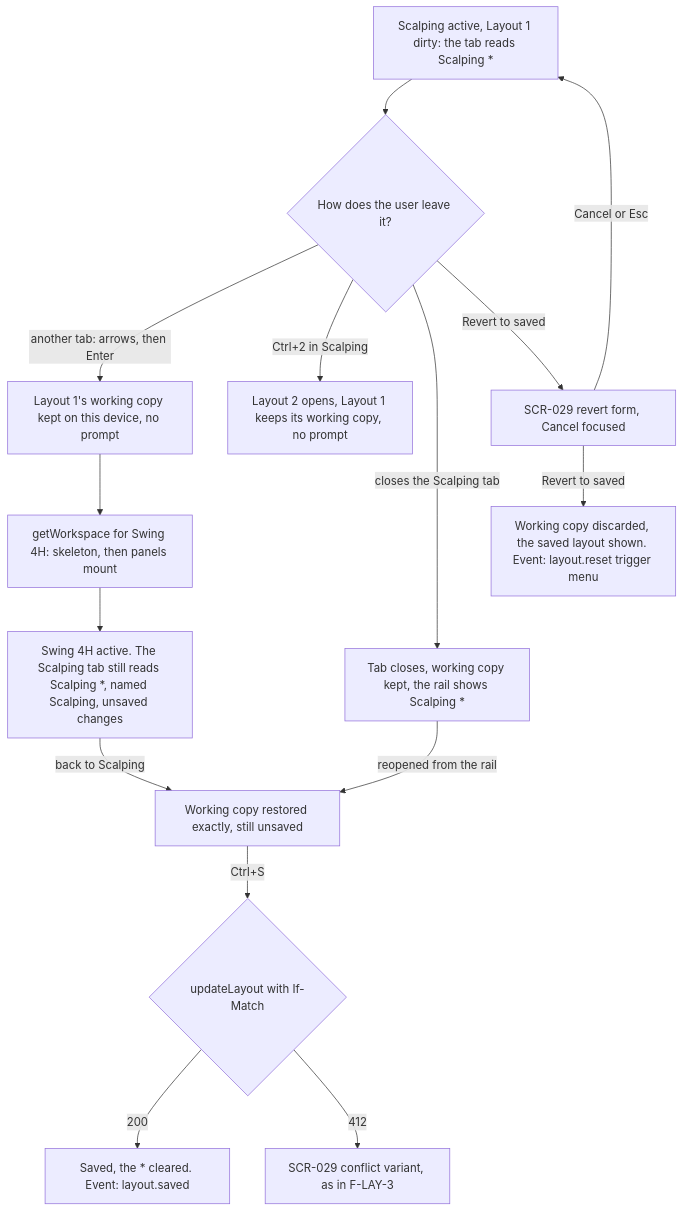
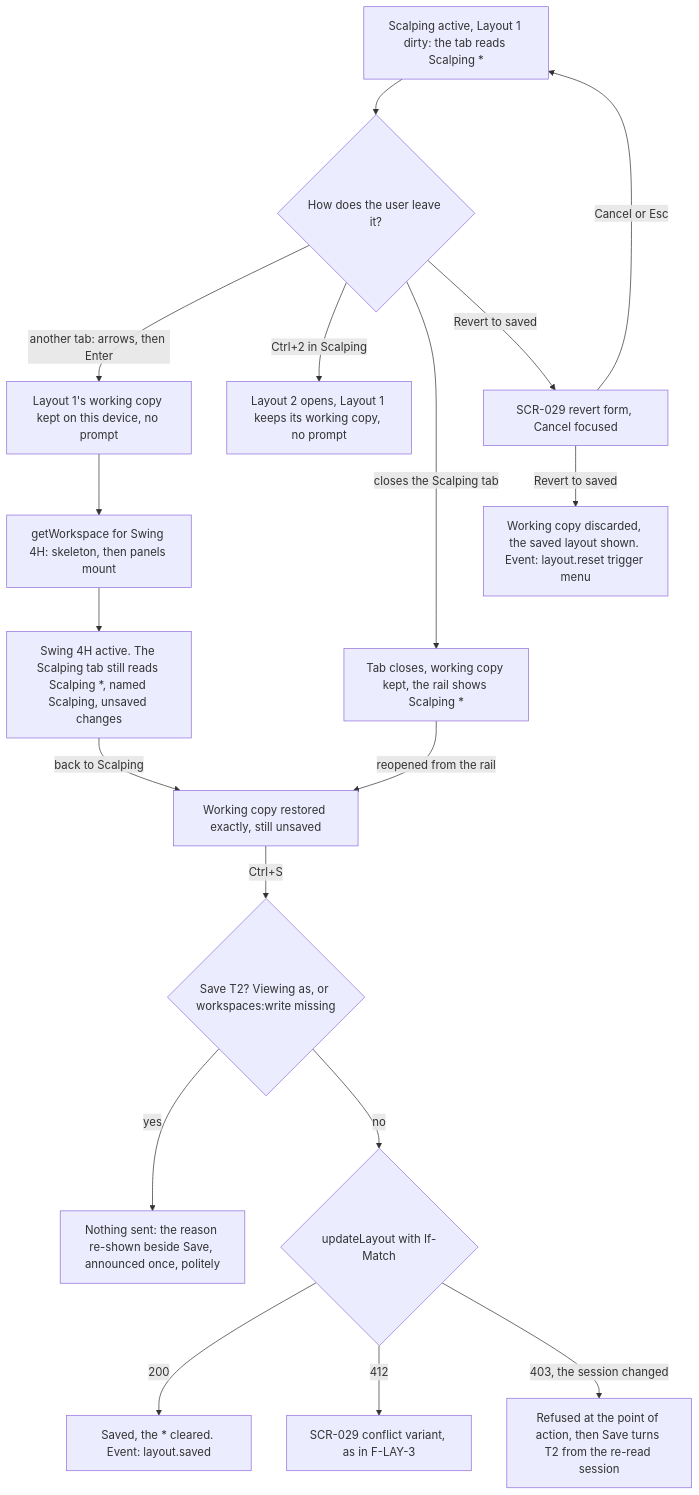
The second of 6 diagrams in docs/design/specs/e15-layout-flows.md (CandleViewer/CandleViewer), drawn with Mermaid before and after one commit. The commit also changed other lines of this file and 2 other files, not shown here.

First line of the commit message:
docs(charting-ui): apply the E09-D09 T2 gate to E15-D02 (orchestrator text round)

````diff
--- a/docs/design/specs/e15-layout-flows.md
+++ b/docs/design/specs/e15-layout-flows.md
@@ -29,17 +31,20 @@
 ```mermaid
 flowchart TD
   A2["Scalping active, Layout 1 dirty: the tab reads Scalping *"] --> B2{"How does the user leave it?"}
   B2 -->|another tab: arrows, then Enter| C2["Layout 1's working copy kept on this device, no prompt"]
   B2 -->|Ctrl+2 in Scalping| D2["Layout 2 opens, Layout 1 keeps its working copy, no prompt"]
   B2 -->|closes the Scalping tab| E2["Tab closes, working copy kept, the rail shows Scalping *"]
   B2 -->|Revert to saved| F2["SCR-029 revert form, Cancel focused"]
   F2 -->|Cancel or Esc| A2
   F2 -->|Revert to saved| G2["Working copy discarded, the saved layout shown. Event: layout.reset trigger menu"]
   C2 --> H2["getWorkspace for Swing 4H: skeleton, then panels mount"]
   H2 --> I2["Swing 4H active. The Scalping tab still reads Scalping *, named Scalping, unsaved changes"]
   I2 -->|back to Scalping| J2["Working copy restored exactly, still unsaved"]
   E2 -->|reopened from the rail| J2
-  J2 -->|Ctrl+S| K2{"updateLayout with If-Match"}
+  J2 -->|Ctrl+S| Q2{"Save T2? Viewing as, or workspaces:write missing"}
+  Q2 -->|yes| R2["Nothing sent: the reason re-shown beside Save, announced once, politely"]
+  Q2 -->|no| K2{"updateLayout with If-Match"}
   K2 -->|200| L2["Saved, the * cleared. Event: layout.saved"]
   K2 -->|412| M2["SCR-029 conflict variant, as in F-LAY-3"]
+  K2 -->|403, the session changed| X2["Refused at the point of action, then Save turns T2 from the re-read session"]
 ```
````
